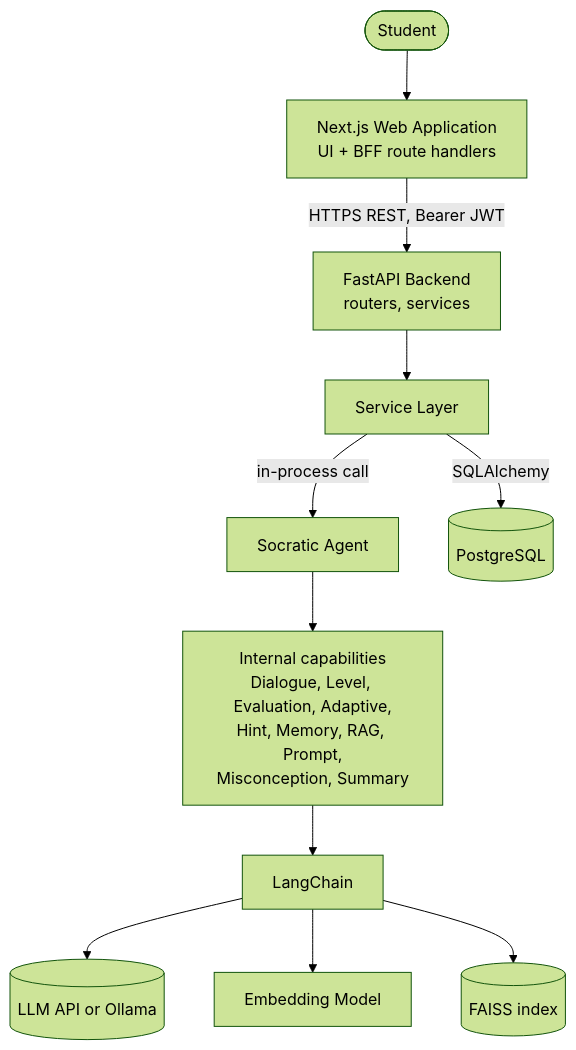
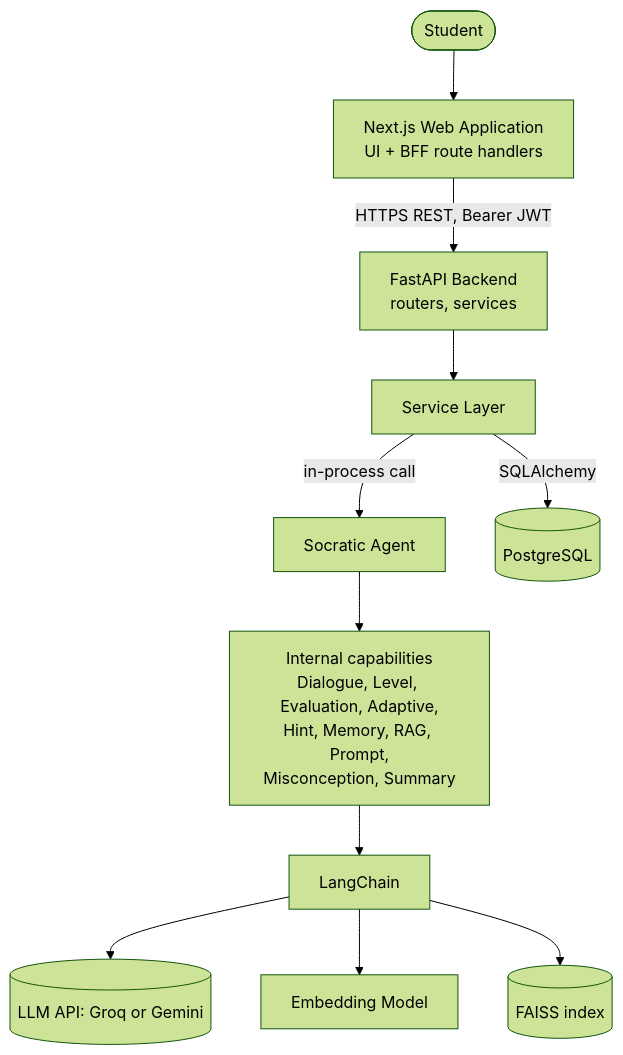
One commit to alphaaa-m/socratic_agent changed the diagram in socratic-agent-docs/02-architecture-and-ai-flow.md. Above: the diagram before and after it, drawn with Mermaid (forest theme). The commit also changed 13 other files, not shown here.

Commit message:
Docs: no docker, groq/gemini, single db, uv in design docs and guides

````diff
--- a/socratic-agent-docs/02-architecture-and-ai-flow.md
+++ b/socratic-agent-docs/02-architecture-and-ai-flow.md
@@ -46,13 +46,13 @@
 ```mermaid
 flowchart TD
     S([Student]) --> FE[Next.js Web Application<br/>UI + BFF route handlers]
     FE -->|HTTPS REST, Bearer JWT| API[FastAPI Backend<br/>routers, services]
     API --> SVC[Service Layer]
     SVC -->|in-process call| AG[Socratic Agent]
     AG --> CAP[Internal capabilities<br/>Dialogue, Level, Evaluation, Adaptive,<br/>Hint, Memory, RAG, Prompt,<br/>Misconception, Summary]
     CAP --> LC[LangChain]
-    LC --> LLM[(LLM API or Ollama)]
+    LC --> LLM[(LLM API: Groq or Gemini)]
     LC --> EMB[Embedding Model]
     LC --> VS[(FAISS index)]
     SVC -->|SQLAlchemy| PG[(PostgreSQL)]
 ```
````
